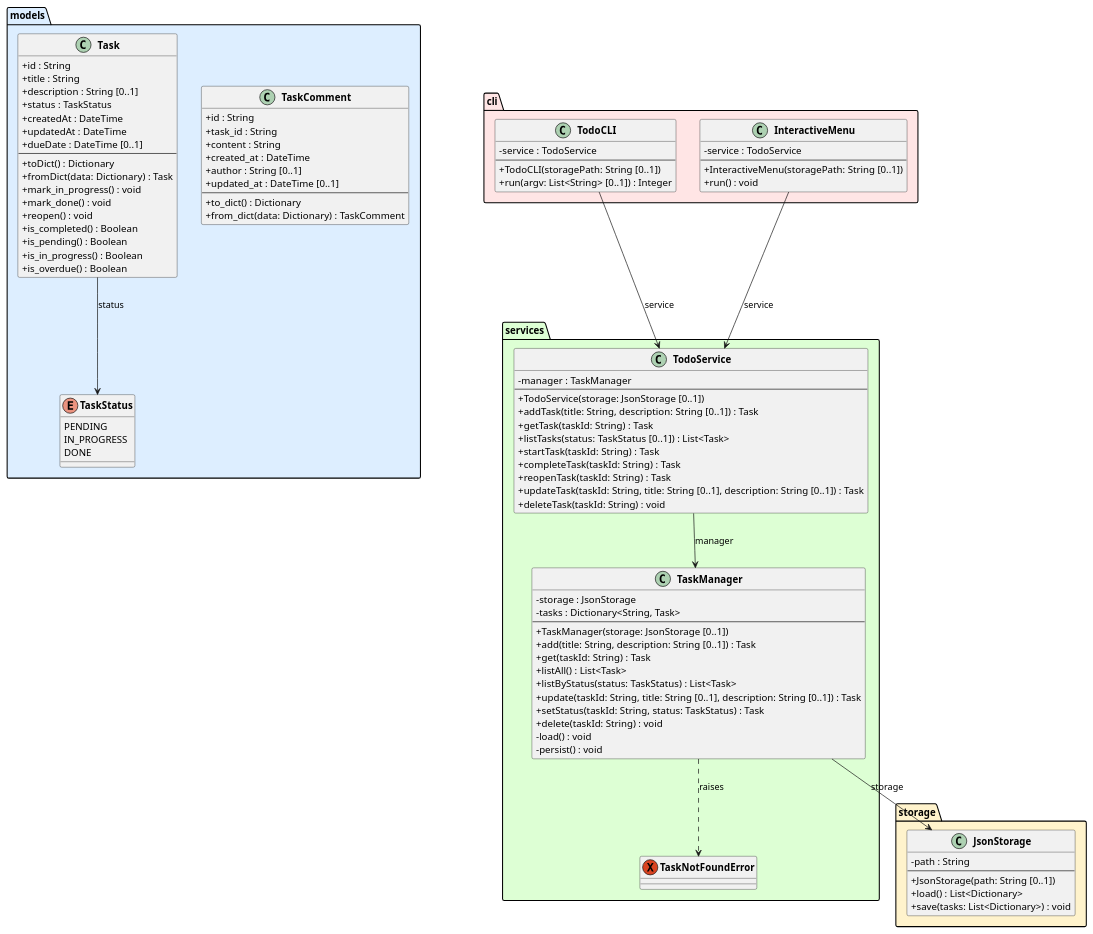
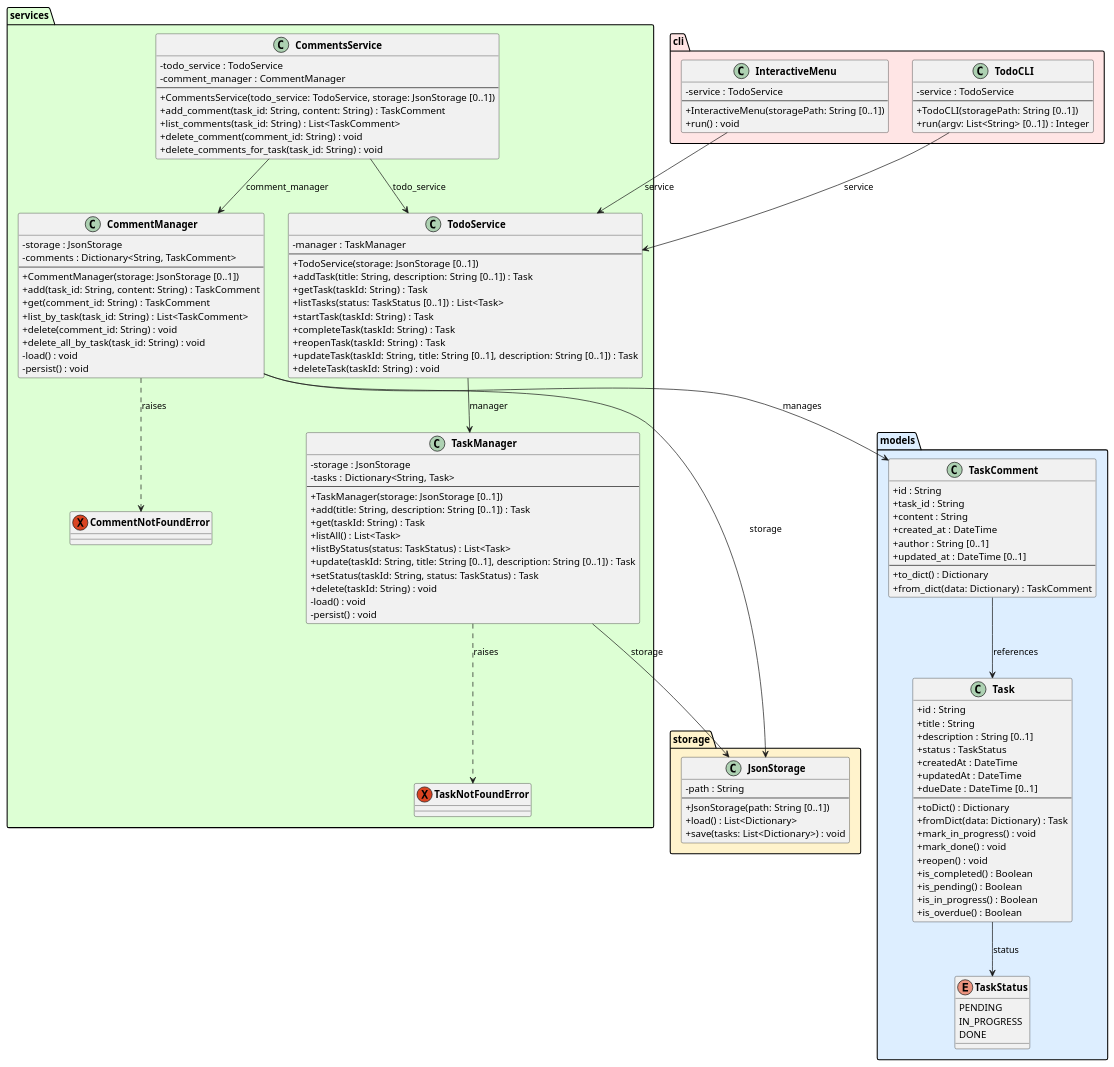
One commit to DanielRiha8906/Software_autoevolution_using_agents changed the diagram in experiments/supervisor_as_tools/test_driven/TODO/artifacts/class_diagram.puml. Above: the diagram before and after it, drawn with PlantUML. The commit also changed 9 other files, not shown here.

First line of the commit message:
task 04 | supervisor_as_tools / test_driven / TODO

```diff
--- a/experiments/supervisor_as_tools/test_driven/TODO/artifacts/class_diagram.puml
+++ b/experiments/supervisor_as_tools/test_driven/TODO/artifacts/class_diagram.puml
@@ -1,113 +1,145 @@
 @startuml class_diagram
 
 skinparam classAttributeIconSize 0
 skinparam classFontStyle bold
 
 package "models" #DDEEFF {
     enum TaskStatus {
         PENDING
         IN_PROGRESS
         DONE
     }
 
     class TaskComment {
         +id : String
         +task_id : String
         +content : String
         +created_at : DateTime
         +author : String [0..1]
         +updated_at : DateTime [0..1]
         --
         +to_dict() : Dictionary
         +from_dict(data: Dictionary) : TaskComment
     }
 
     class Task {
         +id : String
         +title : String
         +description : String [0..1]
         +status : TaskStatus
         +createdAt : DateTime
         +updatedAt : DateTime
         +dueDate : DateTime [0..1]
         --
         +toDict() : Dictionary
         +fromDict(data: Dictionary) : Task
         +mark_in_progress() : void
         +mark_done() : void
         +reopen() : void
         +is_completed() : Boolean
         +is_pending() : Boolean
         +is_in_progress() : Boolean
         +is_overdue() : Boolean
     }
 }
 
 package "storage" #FFF3CC {
     class JsonStorage {
         -path : String
         --
         +JsonStorage(path: String [0..1])
         +load() : List<Dictionary>
         +save(tasks: List<Dictionary>) : void
     }
 }
 
 package "services" #DDFFD4 {
     exception TaskNotFoundError
+    exception CommentNotFoundError
 
     class TaskManager {
         -storage : JsonStorage
         -tasks : Dictionary<String, Task>
         --
         +TaskManager(storage: JsonStorage [0..1])
         +add(title: String, description: String [0..1]) : Task
         +get(taskId: String) : Task
         +listAll() : List<Task>
         +listByStatus(status: TaskStatus) : List<Task>
         +update(taskId: String, title: String [0..1], description: String [0..1]) : Task
         +setStatus(taskId: String, status: TaskStatus) : Task
         +delete(taskId: String) : void
         -load() : void
         -persist() : void
     }
 
+    class CommentManager {
+        -storage : JsonStorage
+        -comments : Dictionary<String, TaskComment>
+        --
+        +CommentManager(storage: JsonStorage [0..1])
+        +add(task_id: String, content: String) : TaskComment
+        +get(comment_id: String) : TaskComment
+        +list_by_task(task_id: String) : List<TaskComment>
+        +delete(comment_id: String) : void
+        +delete_all_by_task(task_id: String) : void
+        -load() : void
+        -persist() : void
+    }
+
     class TodoService {
         -manager : TaskManager
         --
         +TodoService(storage: JsonStorage [0..1])
         +addTask(title: String, description: String [0..1]) : Task
         +getTask(taskId: String) : Task
         +listTasks(status: TaskStatus [0..1]) : List<Task>
         +startTask(taskId: String) : Task
         +completeTask(taskId: String) : Task
         +reopenTask(taskId: String) : Task
         +updateTask(taskId: String, title: String [0..1], description: String [0..1]) : Task
         +deleteTask(taskId: String) : void
+    }
+
+    class CommentsService {
+        -todo_service : TodoService
+        -comment_manager : CommentManager
+        --
+        +CommentsService(todo_service: TodoService, storage: JsonStorage [0..1])
+        +add_comment(task_id: String, content: String) : TaskComment
+        +list_comments(task_id: String) : List<TaskComment>
+        +delete_comment(comment_id: String) : void
+        +delete_comments_for_task(task_id: String) : void
     }
 }
 
 package "cli" #FFE5E5 {
     class TodoCLI {
         -service : TodoService
         --
         +TodoCLI(storagePath: String [0..1])
         +run(argv: List<String> [0..1]) : Integer
     }
 
     class InteractiveMenu {
         -service : TodoService
         --
         +InteractiveMenu(storagePath: String [0..1])
         +run() : void
     }
 }
 
 Task --> TaskStatus : status
+TaskComment --> Task : references
 TaskManager --> JsonStorage : storage
 TaskManager ..> TaskNotFoundError : raises
+CommentManager --> JsonStorage : storage
+CommentManager --> TaskComment : manages
+CommentManager ..> CommentNotFoundError : raises
 TodoService --> TaskManager : manager
+CommentsService --> TodoService : todo_service
+CommentsService --> CommentManager : comment_manager
 TodoCLI --> TodoService : service
 InteractiveMenu --> TodoService : service
 
 @enduml
```
